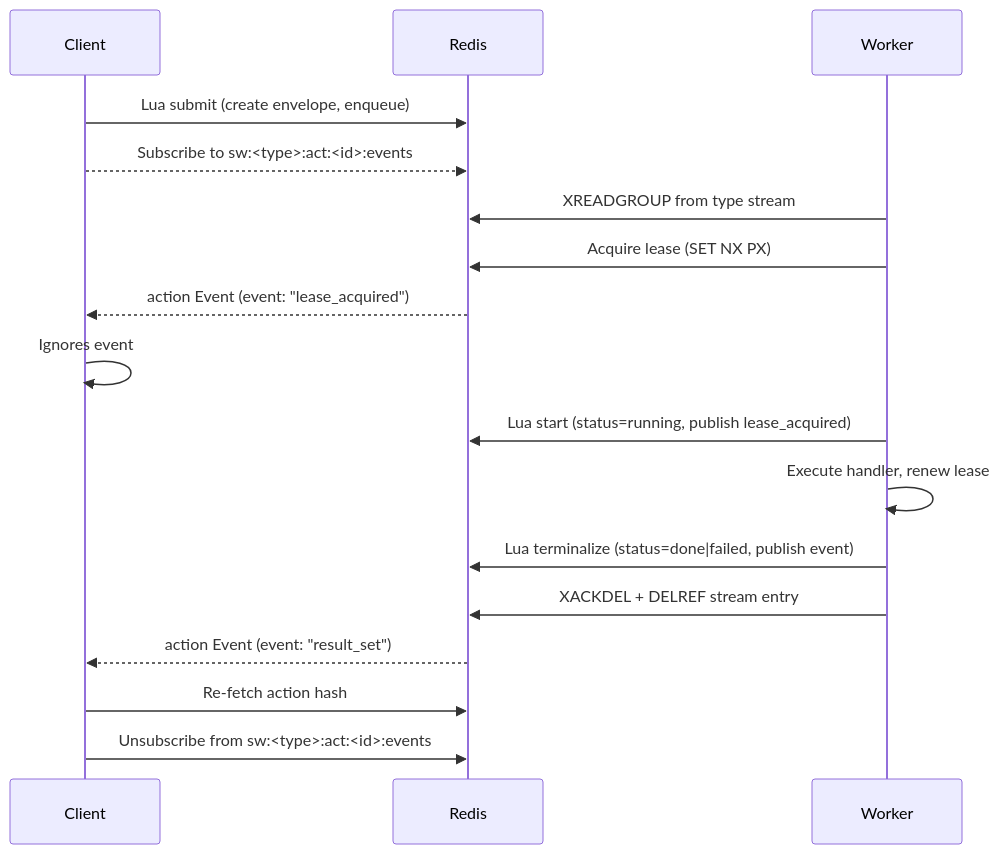
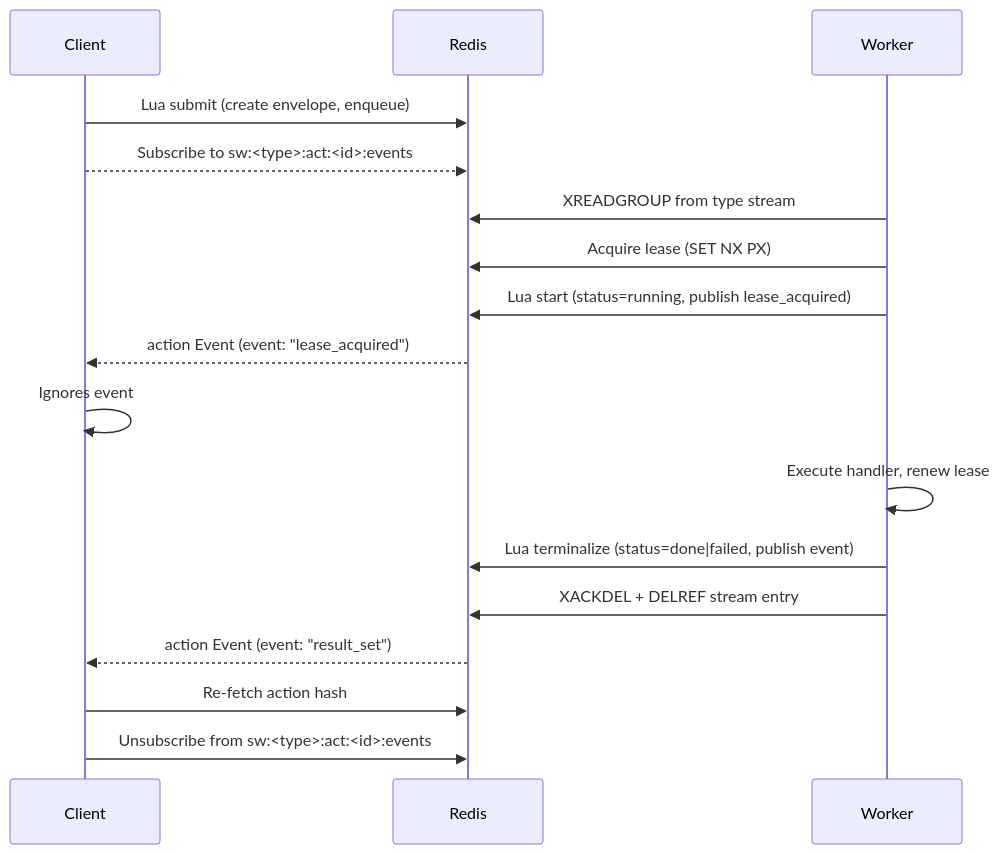
One commit to stestagg/swarm changed the diagram in DESIGN.md. Above: the diagram before and after it, drawn with Mermaid. The commit also changed other lines of this file, not shown here.

Commit message:
Remove duplicate Lua start call in DESIGN.md

````diff
--- a/DESIGN.md
+++ b/DESIGN.md
@@ -62,19 +62,19 @@
 ```mermaid
 sequenceDiagram
     participant Client
     participant Redis
     participant Worker
     Client->>Redis: Lua submit (create envelope, enqueue)
     Client-->>Redis: Subscribe to sw:<type>:act:<id>:events
     Worker->>Redis: XREADGROUP from type stream
     Worker->>Redis: Acquire lease (SET NX PX)
+    Worker->>Redis: Lua start (status=running, publish lease_acquired)
     Redis-->>Client: action Event (event: "lease_acquired")
     Client->>Client: Ignores event
-    Worker->>Redis: Lua start (status=running, publish lease_acquired)
     Worker->>Worker: Execute handler, renew lease
     Worker->>Redis: Lua terminalize (status=done|failed, publish event)
     Worker->>Redis: XACKDEL + DELREF stream entry
     Redis-->>Client: action Event (event: "result_set")
     Client->>Redis: Re-fetch action hash
     Client->>Redis: Unsubscribe from sw:<type>:act:<id>:events
 ```
````
